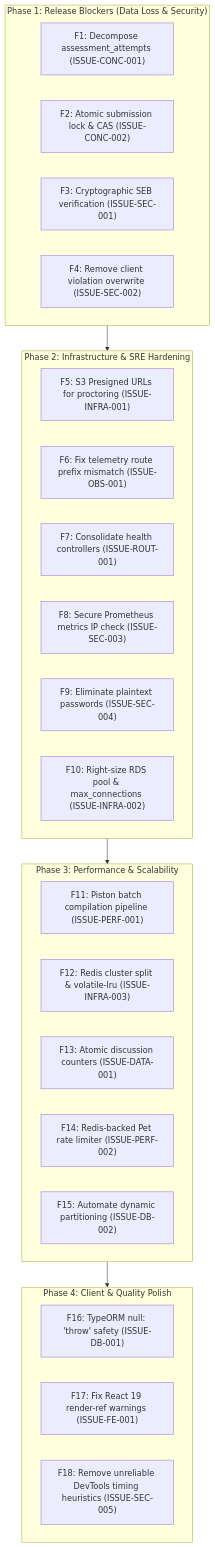
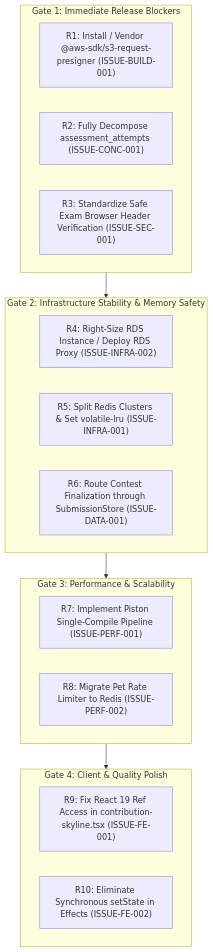
One commit to Abhinavvlog/codeskill changed the diagram in engineering-audit/12_REMEDIATION_PRIORITY.md. Above: the diagram before and after it, drawn with Mermaid. The commit also changed other lines of this file and 13 other files, not shown here.

````diff
--- a/engineering-audit/12_REMEDIATION_PRIORITY.md
+++ b/engineering-audit/12_REMEDIATION_PRIORITY.md
@@ -14,34 +15,26 @@
 ```mermaid
 flowchart TD
-    subgraph Phase1["Phase 1: Release Blockers (Data Loss & Security)"]
-        F1["F1: Decompose assessment_attempts (ISSUE-CONC-001)"]
-        F2["F2: Atomic submission lock & CAS (ISSUE-CONC-002)"]
-        F3["F3: Cryptographic SEB verification (ISSUE-SEC-001)"]
-        F4["F4: Remove client violation overwrite (ISSUE-SEC-002)"]
+    subgraph Gate1["Gate 1: Immediate Release Blockers"]
+        R1["R1: Install / Vendor @aws-sdk/s3-request-presigner (ISSUE-BUILD-001)"]
+        R2["R2: Fully Decompose assessment_attempts (ISSUE-CONC-001)"]
+        R3["R3: Standardize Safe Exam Browser Header Verification (ISSUE-SEC-001)"]
     end
 
-    subgraph Phase2["Phase 2: Infrastructure & SRE Hardening"]
-        F5["F5: S3 Presigned URLs for proctoring (ISSUE-INFRA-001)"]
-        F6["F6: Fix telemetry route prefix mismatch (ISSUE-OBS-001)"]
-        F7["F7: Consolidate health controllers (ISSUE-ROUT-001)"]
-        F8["F8: Secure Prometheus metrics IP check (ISSUE-SEC-003)"]
-        F9["F9: Eliminate plaintext passwords (ISSUE-SEC-004)"]
-        F10["F10: Right-size RDS pool & max_connections (ISSUE-INFRA-002)"]
+    subgraph Gate2["Gate 2: Infrastructure Stability & Memory Safety"]
+        R4["R4: Right-Size RDS Instance / Deploy RDS Proxy (ISSUE-INFRA-002)"]
+        R5["R5: Split Redis Clusters & Set volatile-lru (ISSUE-INFRA-001)"]
+        R6["R6: Route Contest Finalization through SubmissionStore (ISSUE-DATA-001)"]
     end
 
-    subgraph Phase3["Phase 3: Performance & Scalability"]
-        F11["F11: Piston batch compilation pipeline (ISSUE-PERF-001)"]
-        F12["F12: Redis cluster split & volatile-lru (ISSUE-INFRA-003)"]
-        F13["F13: Atomic discussion counters (ISSUE-DATA-001)"]
-        F14["F14: Redis-backed Pet rate limiter (ISSUE-PERF-002)"]
-        F15["F15: Automate dynamic partitioning (ISSUE-DB-002)"]
+    subgraph Gate3["Gate 3: Performance & Scalability"]
+        R7["R7: Implement Piston Single-Compile Pipeline (ISSUE-PERF-001)"]
+        R8["R8: Migrate Pet Rate Limiter to Redis (ISSUE-PERF-002)"]
     end
 
-    subgraph Phase4["Phase 4: Client & Quality Polish"]
-        F16["F16: TypeORM null: 'throw' safety (ISSUE-DB-001)"]
-        F17["F17: Fix React 19 render-ref warnings (ISSUE-FE-001)"]
-        F18["F18: Remove unreliable DevTools timing heuristics (ISSUE-SEC-005)"]
+    subgraph Gate4["Gate 4: Client & Quality Polish"]
+        R9["R9: Fix React 19 Ref Access in contribution-skyline.tsx (ISSUE-FE-001)"]
+        R10["R10: Eliminate Synchronous setState in Effects (ISSUE-FE-002)"]
     end
 
-    Phase1 --> Phase2 --> Phase3 --> Phase4
+    Gate1 --> Gate2 --> Gate3 --> Gate4
 ```
````
